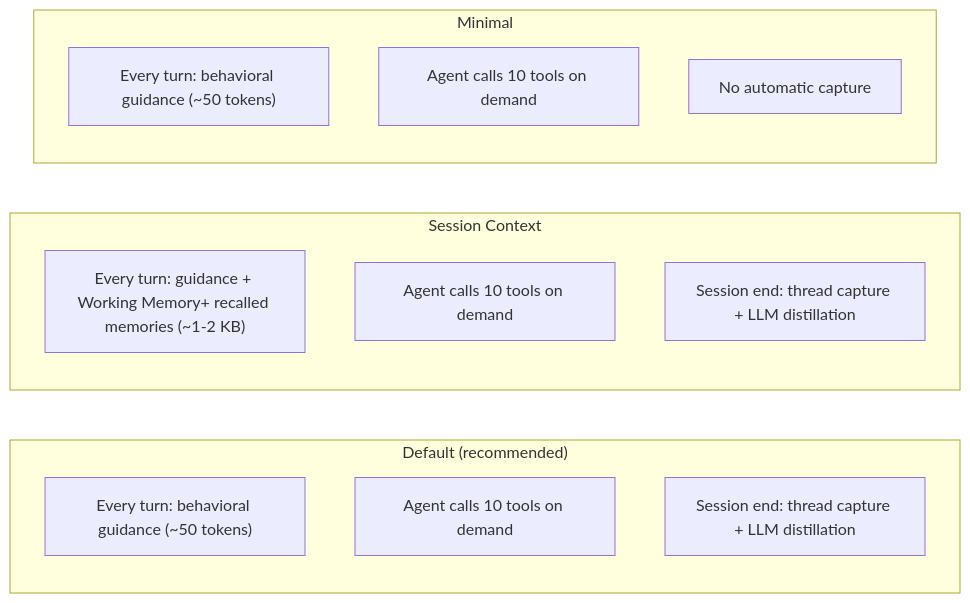
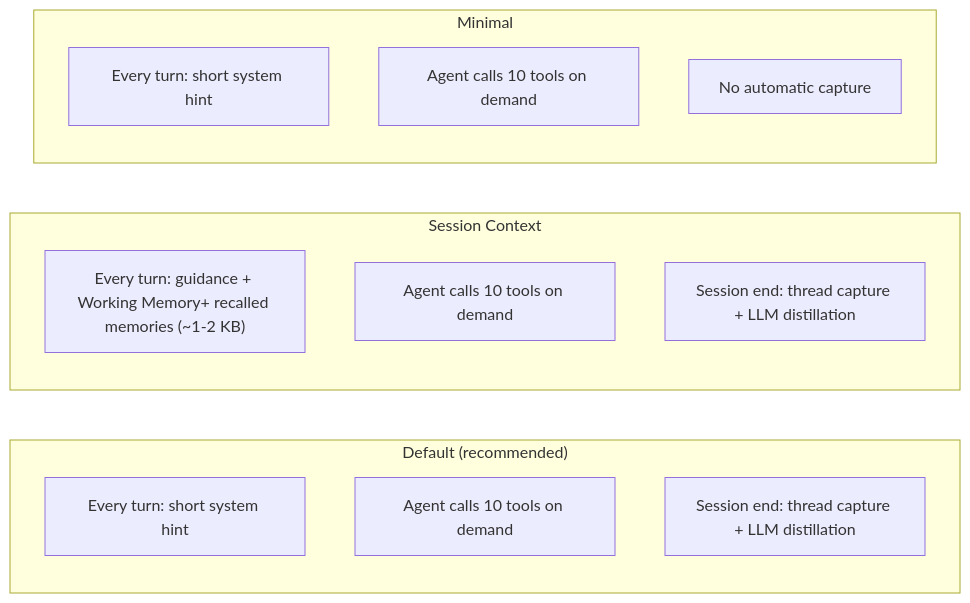
Before and after one commit to nowledge-co/community: the fifth of 5 diagrams in nowledge-mem-openclaw-plugin/README.md, drawn with Mermaid. The commit also changed other lines of this file and 13 other files, not shown here.

````diff
--- a/nowledge-mem-openclaw-plugin/README.md
+++ b/nowledge-mem-openclaw-plugin/README.md
@@ -159,23 +175,23 @@
 ```mermaid
 flowchart LR
     subgraph "default" ["Default (recommended)"]
         direction TB
-        D1["Every turn: behavioral guidance (~50 tokens)"]
+        D1["Every turn: short system hint"]
         D2["Agent calls 10 tools on demand"]
         D3["Session end: thread capture + LLM distillation"]
     end
 
     subgraph context ["Session Context"]
         direction TB
         C1["Every turn: guidance + Working Memory+ recalled memories (~1-2 KB)"]
         C2["Agent calls 10 tools on demand"]
         C3["Session end: thread capture + LLM distillation"]
     end
 
     subgraph minimal ["Minimal"]
         direction TB
-        M1["Every turn: behavioral guidance (~50 tokens)"]
+        M1["Every turn: short system hint"]
         M2["Agent calls 10 tools on demand"]
         M3["No automatic capture"]
     end
 ```
````
